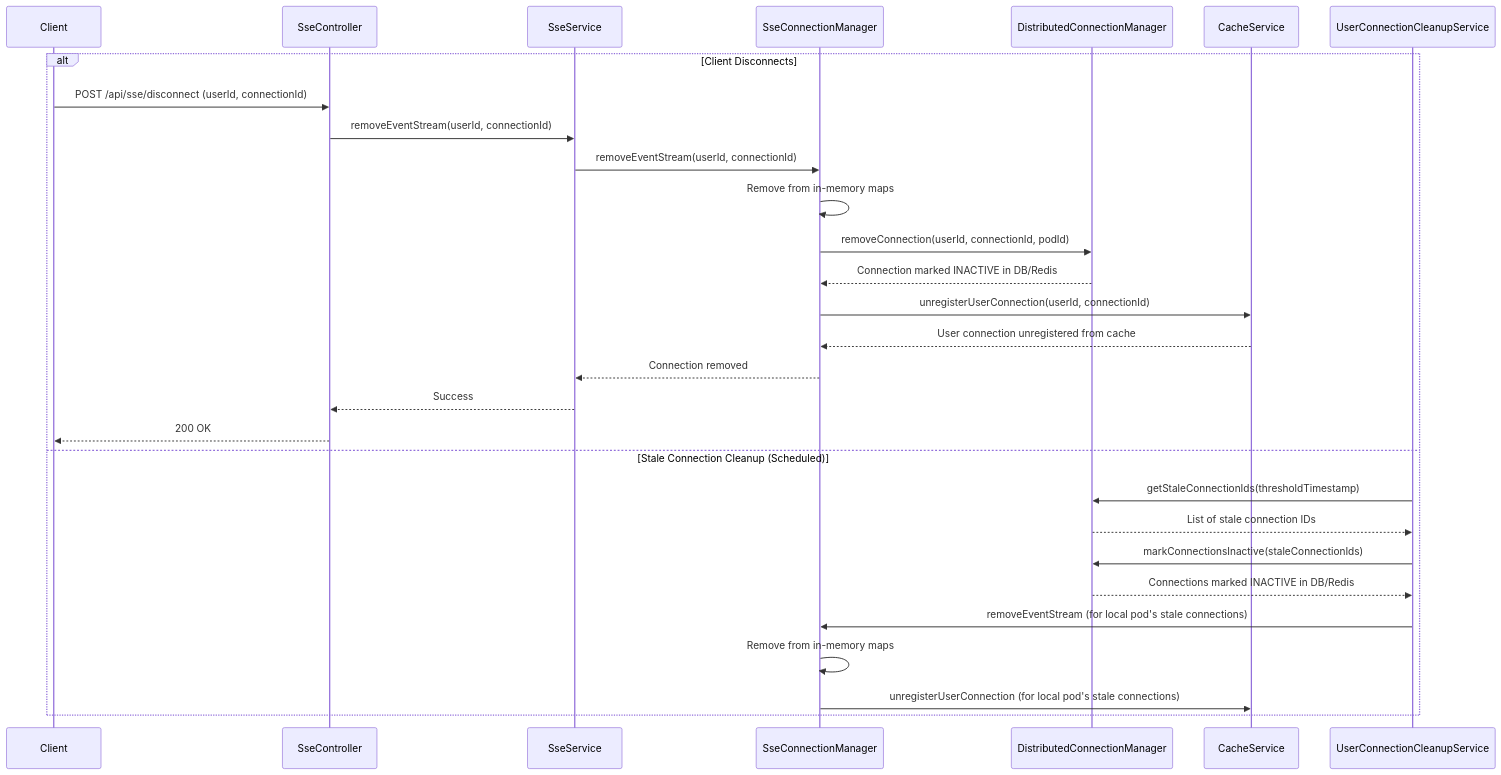
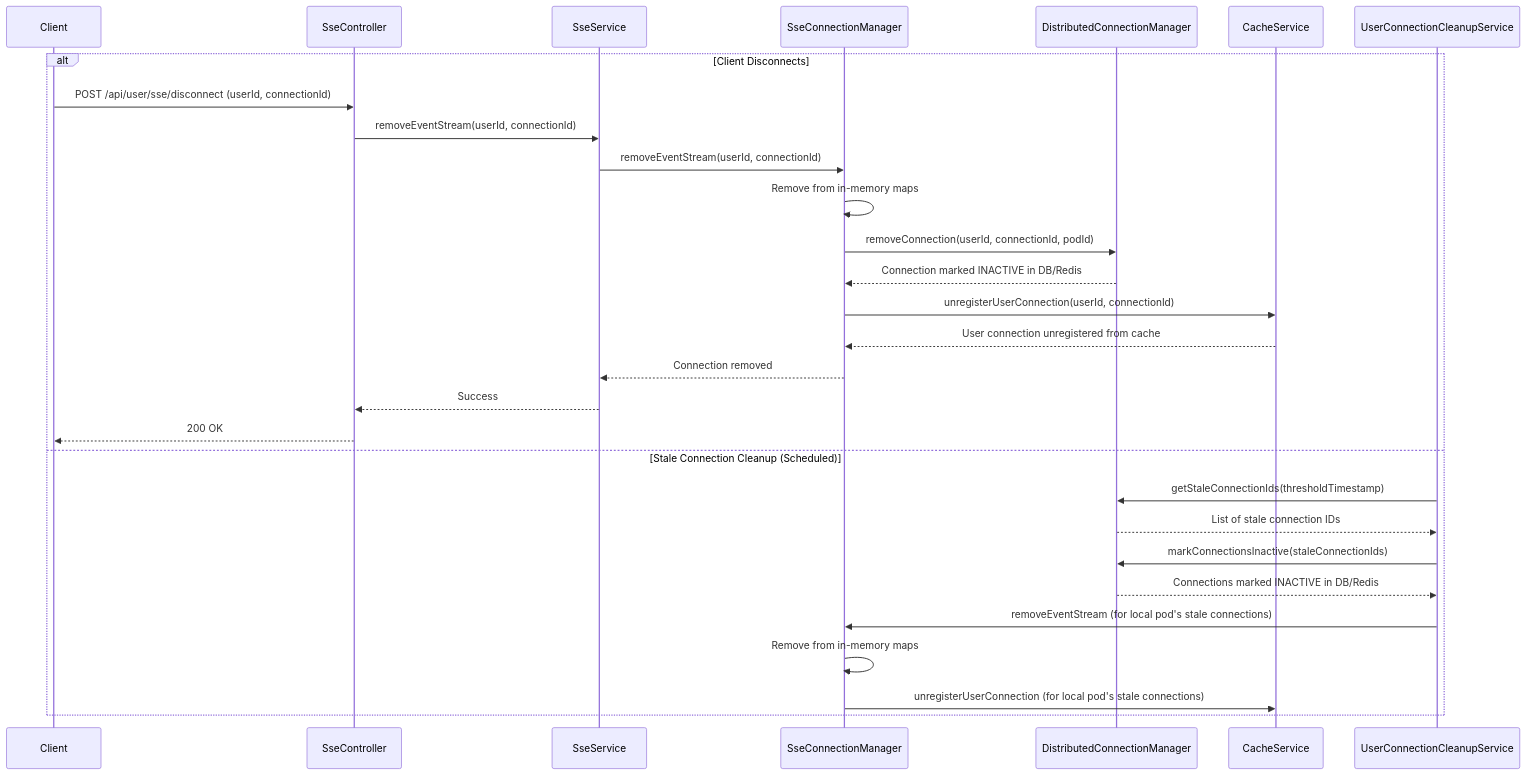
Before and after one commit to rsrini7/Notification-SSE-GLM-Flux: the third of 3 diagrams in broadcast-microservice/docs/04_user_connection_management1.md, drawn with Mermaid. The commit also changed other lines of this file and 19 other files, not shown here.

First line of the commit message:
refactor(sse): update SSE endpoint paths to include '/user' prefix

````diff
--- a/broadcast-microservice/docs/04_user_connection_management1.md
+++ b/broadcast-microservice/docs/04_user_connection_management1.md
@@ -92,32 +92,32 @@
 ```mermaid
 sequenceDiagram
     participant Client
     participant SseController
     participant SseService
     participant SseConnectionManager
     participant DistributedConnectionManager
     participant CacheService
     participant UserConnectionCleanupService
 
     alt Client Disconnects
-        Client->>SseController: POST /api/sse/disconnect (userId, connectionId)
+        Client->>SseController: POST /api/user/sse/disconnect (userId, connectionId)
         SseController->>SseService: removeEventStream(userId, connectionId)
         SseService->>SseConnectionManager: removeEventStream(userId, connectionId)
         SseConnectionManager->>SseConnectionManager: Remove from in-memory maps
         SseConnectionManager->>DistributedConnectionManager: removeConnection(userId, connectionId, podId)
         DistributedConnectionManager-->>SseConnectionManager: Connection marked INACTIVE in DB/Redis
         SseConnectionManager->>CacheService: unregisterUserConnection(userId, connectionId)
         CacheService-->>SseConnectionManager: User connection unregistered from cache
         SseConnectionManager-->>SseService: Connection removed
         SseService-->>SseController: Success
         SseController-->>Client: 200 OK
     else Stale Connection Cleanup (Scheduled)
         UserConnectionCleanupService->>DistributedConnectionManager: getStaleConnectionIds(thresholdTimestamp)
         DistributedConnectionManager-->>UserConnectionCleanupService: List of stale connection IDs
         UserConnectionCleanupService->>DistributedConnectionManager: markConnectionsInactive(staleConnectionIds)
         DistributedConnectionManager-->>UserConnectionCleanupService: Connections marked INACTIVE in DB/Redis
         UserConnectionCleanupService->>SseConnectionManager: removeEventStream (for local pod's stale connections)
         SseConnectionManager->>SseConnectionManager: Remove from in-memory maps
         SseConnectionManager->>CacheService: unregisterUserConnection (for local pod's stale connections)
     end
 ```
````
